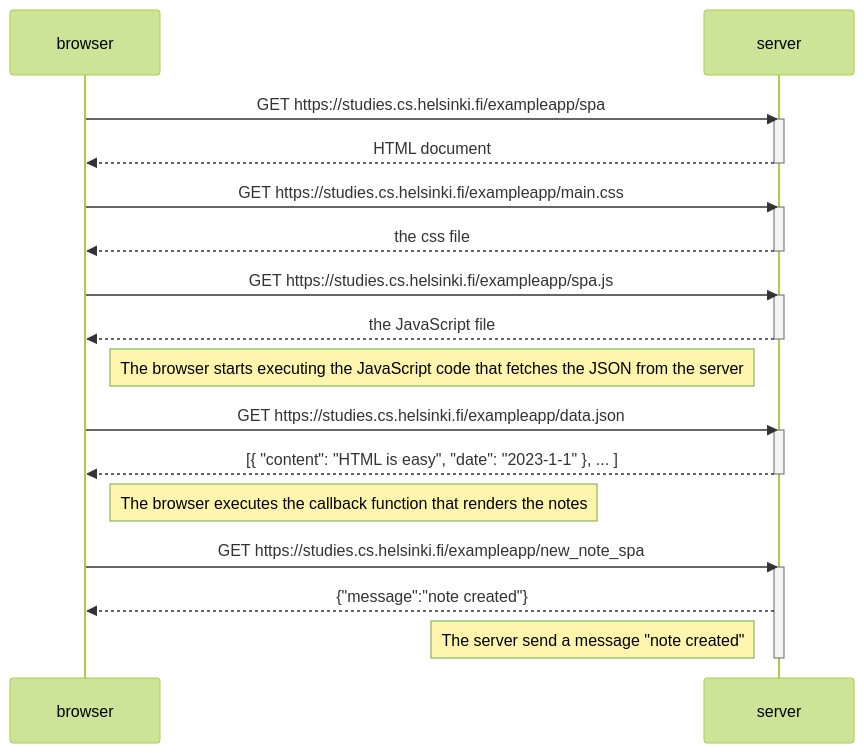
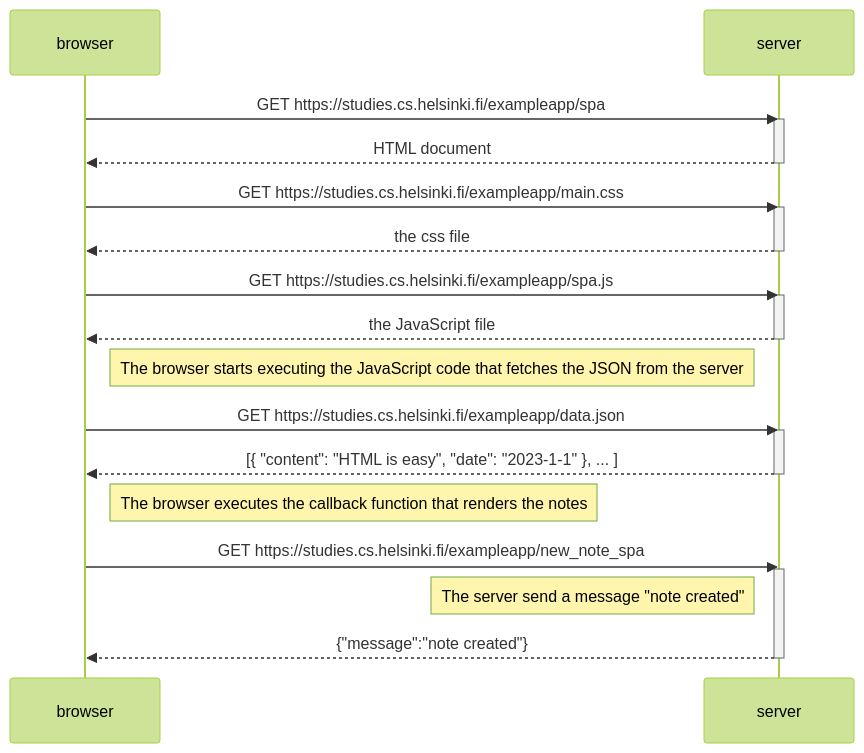
Before and after one commit to diegoewww/fullstackopen: the diagram in parte0/3.md, drawn with Mermaid (forest theme). The commit also changed other lines of this file, not shown here.

````diff
--- a/parte0/3.md
+++ b/parte0/3.md
@@ -1,37 +1,37 @@
 ```mermaid
 sequenceDiagram
     participant browser
     participant server
 
     browser->>server: GET https://studies.cs.helsinki.fi/exampleapp/spa
     activate server
     server-->>browser: HTML document
     deactivate server
 
     browser->>server: GET https://studies.cs.helsinki.fi/exampleapp/main.css
     activate server
     server-->>browser: the css file
     deactivate server
 
     browser->>server: GET https://studies.cs.helsinki.fi/exampleapp/spa.js
     activate server
     server-->>browser: the JavaScript file
     deactivate server
 
     Note right of browser: The browser starts executing the JavaScript code that fetches the JSON from the server
 
     browser->>server: GET https://studies.cs.helsinki.fi/exampleapp/data.json
     activate server
     server-->>browser: [{ "content": "HTML is easy", "date": "2023-1-1" }, ... ]
     deactivate server
 
     Note right of browser: The browser executes the callback function that renders the notes
 
      browser->>server: GET https://studies.cs.helsinki.fi/exampleapp/new_note_spa
     activate server
+   Note left of server: The server send a message "note created"
     server-->>browser: {"message":"note created"}
-   Note left of server: The server send a message "note created"
     deactivate server
 
   
 ```
````
